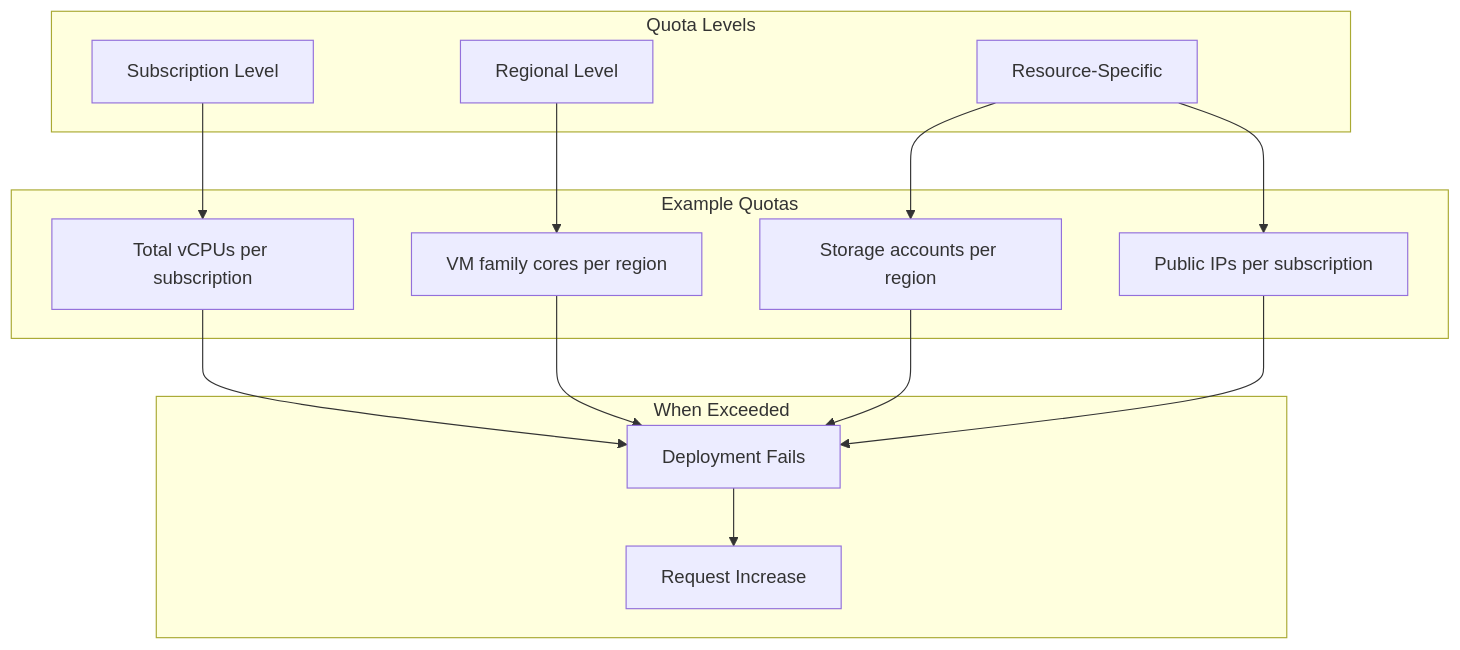
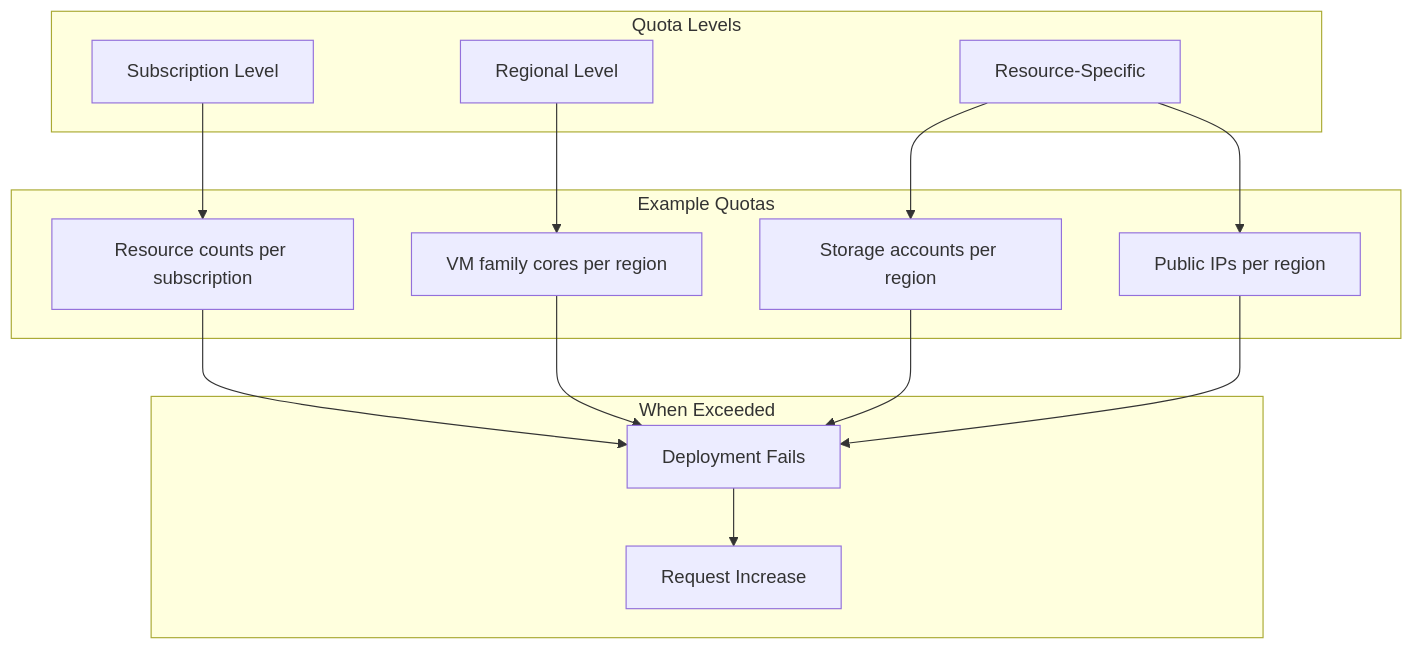
Before and after one commit to OneUptime/blog: the diagram in posts/2026-01-24-azure-quota-exceeded-errors/README.md, drawn with Mermaid. The commit also changed other lines of this file and 4262 other files, not shown here.

````diff
--- a/posts/2026-01-24-azure-quota-exceeded-errors/README.md
+++ b/posts/2026-01-24-azure-quota-exceeded-errors/README.md
@@ -17,23 +17,23 @@
 ```mermaid
 flowchart TB
     subgraph Levels["Quota Levels"]
         SUB[Subscription Level]
         REG[Regional Level]
         RES[Resource-Specific]
     end
 
     subgraph Examples["Example Quotas"]
-        SUB --> E1[Total vCPUs per subscription]
+        SUB --> E1[Resource counts per subscription]
         REG --> E2[VM family cores per region]
         RES --> E3[Storage accounts per region]
-        RES --> E4[Public IPs per subscription]
+        RES --> E4[Public IPs per region]
     end
 
     subgraph Actions["When Exceeded"]
         E1 --> FAIL[Deployment Fails]
         E2 --> FAIL
         E3 --> FAIL
         E4 --> FAIL
         FAIL --> FIX[Request Increase]
     end
 ```
````
